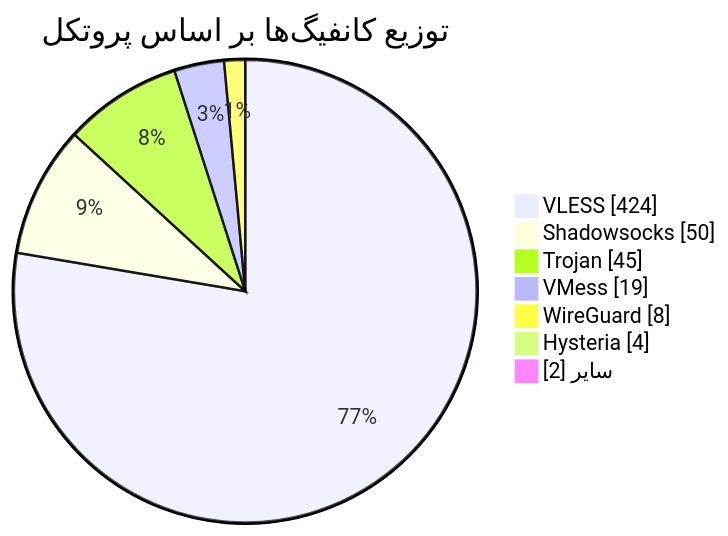
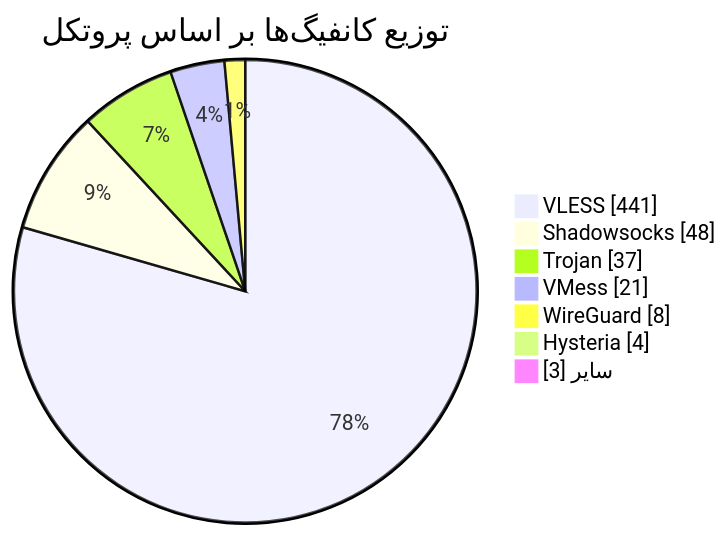
Before and after one commit to Arian-Alijani/Somthing: the diagram in README.md, drawn with Mermaid. The commit also changed other lines of this file and 69 other files, not shown here.

````diff
--- a/README.md
+++ b/README.md
@@ -49,11 +49,11 @@
 ```mermaid
 pie showData
     title توزیع کانفیگ‌ها بر اساس پروتکل
-    "VLESS" : 424
-    "Shadowsocks" : 50
-    "Trojan" : 45
-    "VMess" : 19
+    "VLESS" : 441
+    "Shadowsocks" : 48
+    "Trojan" : 37
+    "VMess" : 21
     "WireGuard" : 8
     "Hysteria" : 4
-    "سایر" : 2
+    "سایر" : 3
 ```
````
